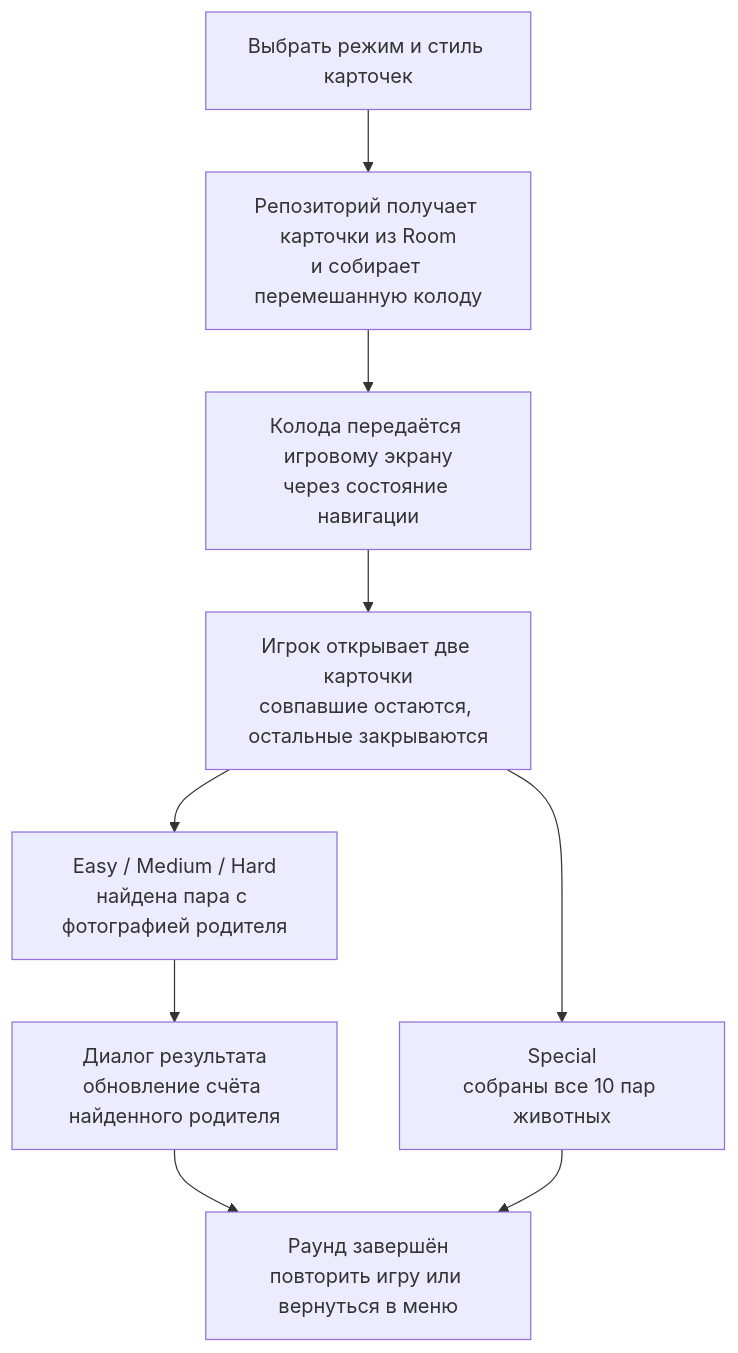
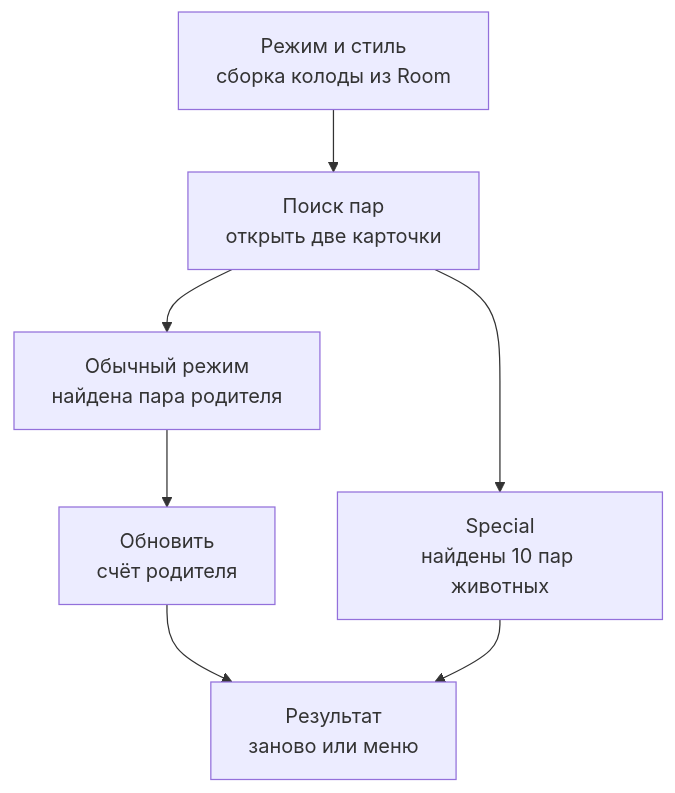
One commit to Vkuvalin/FindTheParent changed the second of 2 diagrams in README.md. Above: the diagram before and after it, drawn with Mermaid. The commit also changed other lines of this file, not shown here.

Commit message:
docs: simplify Find The Parent diagram layout

````diff
--- a/README.md
+++ b/README.md
@@ -129,14 +115,12 @@
 ```mermaid
 flowchart TB
-    SETTINGS["Выбрать режим и стиль карточек"]
-    DECK["Репозиторий получает карточки из Room<br/>и собирает перемешанную колоду"]
-    GAME["Колода передаётся игровому экрану<br/>через состояние навигации"]
-    TURN["Игрок открывает две карточки<br/>совпавшие остаются, остальные закрываются"]
-    NORMAL["Easy / Medium / Hard<br/>найдена пара с фотографией родителя"]
-    SPECIAL["Special<br/>собраны все 10 пар животных"]
-    SCORE["Диалог результата<br/>обновление счёта найденного родителя"]
-    END["Раунд завершён<br/>повторить игру или вернуться в меню"]
-    SETTINGS --> DECK --> GAME --> TURN
-    TURN --> NORMAL --> SCORE --> END
-    TURN --> SPECIAL --> END
+    START["Режим и стиль<br/>сборка колоды из Room"]
+    GAME["Поиск пар<br/>открыть две карточки"]
+    NORMAL["Обычный режим<br/>найдена пара родителя"]
+    SPECIAL["Special<br/>найдены 10 пар животных"]
+    SCORE["Обновить<br/>счёт родителя"]
+    END["Результат<br/>заново или меню"]
+    START --> GAME
+    GAME --> NORMAL --> SCORE --> END
+    GAME --> SPECIAL --> END
 ```
````
